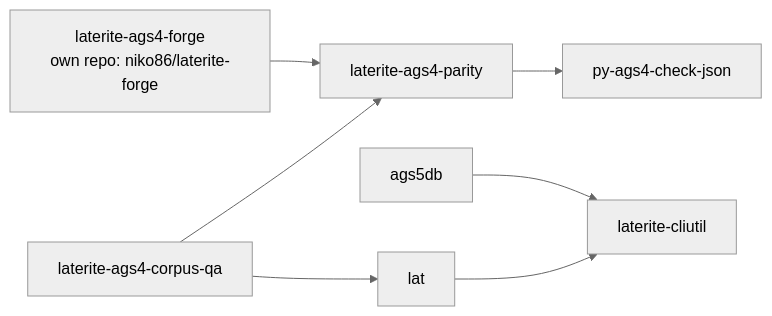
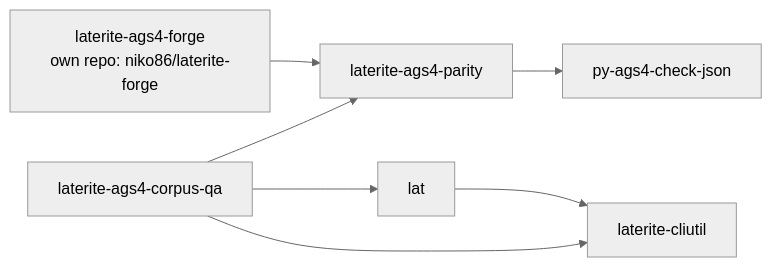
The diagram in ags-wiki/tools/laterite-ags4-corpus-qa.md (niko86/laterite), drawn with Mermaid (neutral theme) before and after one commit. The commit also changed 5 other files, not shown here.

````diff
--- a/ags-wiki/tools/laterite-ags4-corpus-qa.md
+++ b/ags-wiki/tools/laterite-ags4-corpus-qa.md
@@ -94,9 +94,9 @@
 ```mermaid
 flowchart LR
   crawl[laterite-ags4-corpus-qa] --> parity[laterite-ags4-parity]
   parity --> py[py-ags4-check-json]
   crawl --> ags4check[lat]
   forge["laterite-ags4-forge<br/>own repo: niko86/laterite-forge"] --> parity
-  ags4check --> cliutil[laterite-cliutil]
-  ags5db[ags5db] --> cliutil
+  crawl --> cliutil[laterite-cliutil]
+  ags4check --> cliutil
 ```
````
